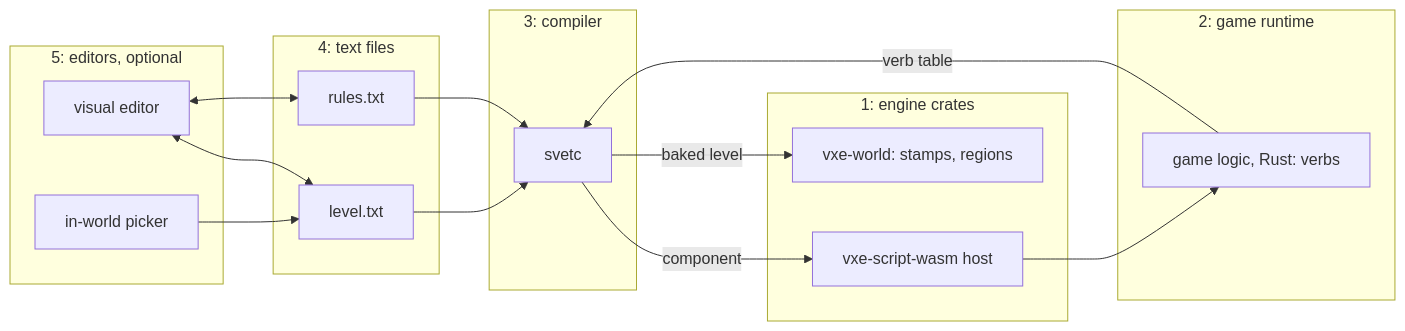
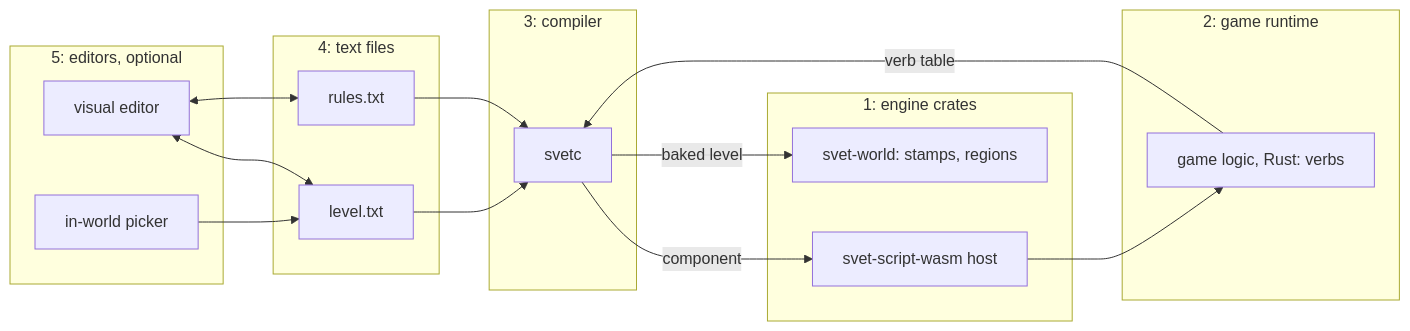
One commit to IgorKonovalov/voxel-engine changed the diagram in docs/adrs/0072-designer-authoring-is-a-layered-text-stack-text-files-a-separate-compiler-an-optional-editor.md. Above: the diagram before and after it, drawn with Mermaid. The commit also changed other lines of this file and 53 other files, not shown here.

````diff
--- a/docs/adrs/0072-designer-authoring-is-a-layered-text-stack-text-files-a-separate-compiler-an-optional-editor.md
+++ b/docs/adrs/0072-designer-authoring-is-a-layered-text-stack-text-files-a-separate-compiler-an-optional-editor.md
@@ -89,30 +89,30 @@
 ```mermaid
 flowchart LR
   subgraph L4["4: text files"]
     LVL[level.txt]
     RUL[rules.txt]
   end
   subgraph L5["5: editors, optional"]
     ED[visual editor]
     PK[in-world picker]
   end
   subgraph L3["3: compiler"]
     CC[svetc]
   end
   subgraph L2["2: game runtime"]
     GL[game logic, Rust: verbs]
   end
   subgraph L1["1: engine crates"]
-    HOST[vxe-script-wasm host]
-    WORLD[vxe-world: stamps, regions]
+    HOST[svet-script-wasm host]
+    WORLD[svet-world: stamps, regions]
   end
   ED <--> LVL
   ED <--> RUL
   PK --> LVL
   LVL --> CC
   RUL --> CC
   CC -->|component| HOST
   CC -->|baked level| WORLD
   GL -->|verb table| CC
   HOST --> GL
 ```
````
